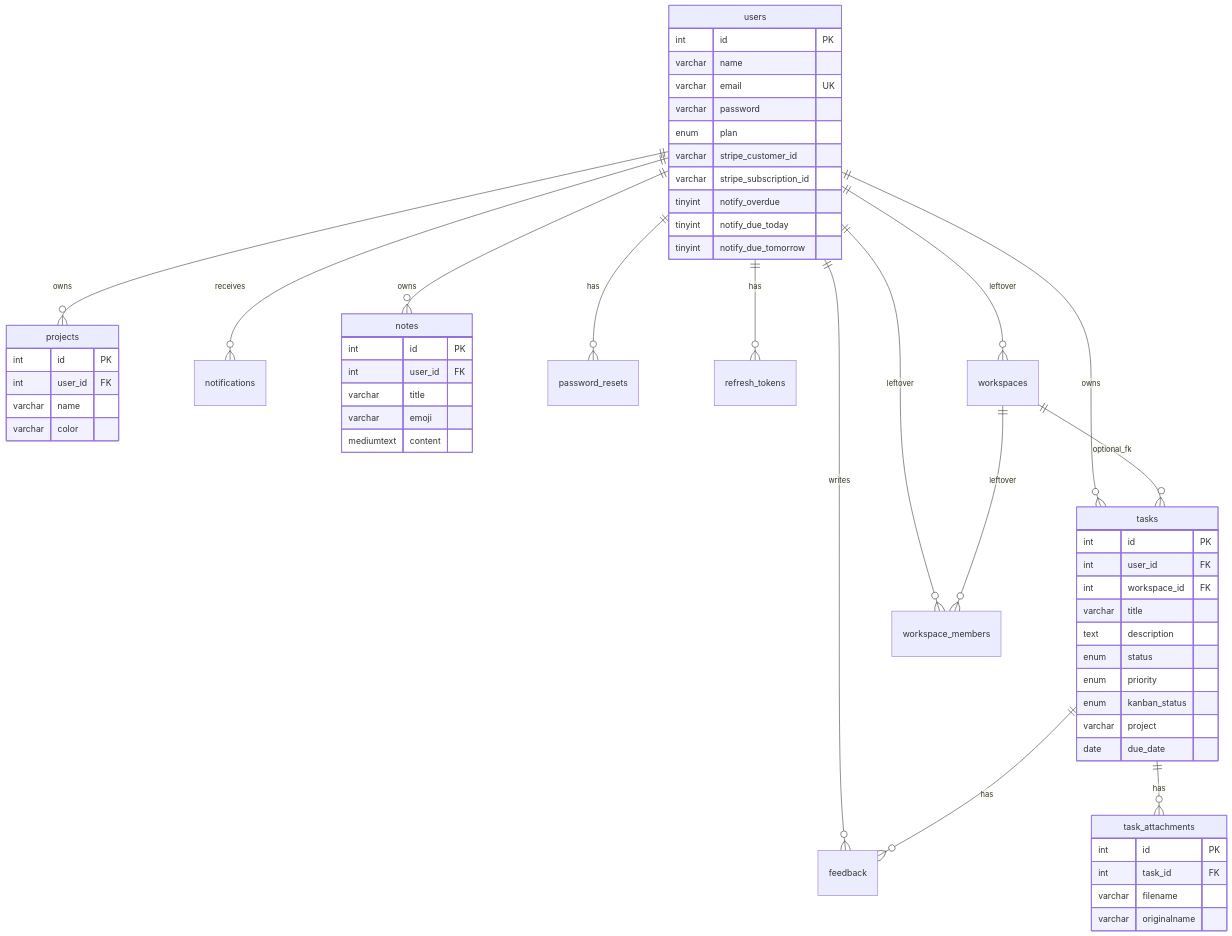
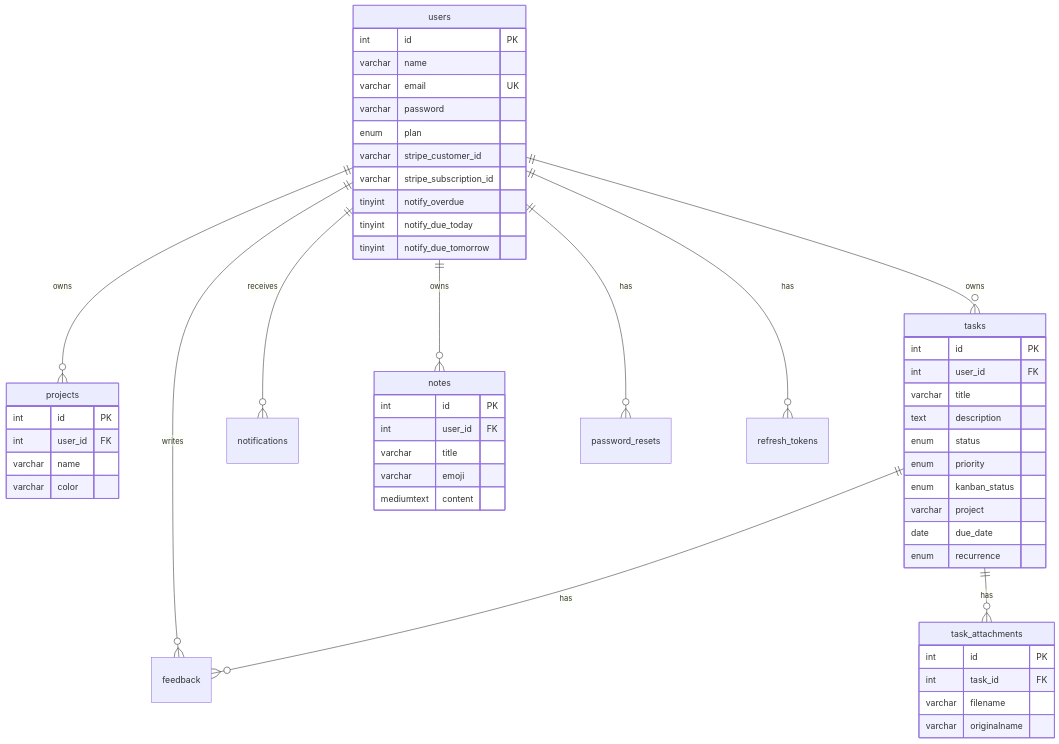
The diagram in docs/SCHEMA.md (Trixxy98/TaskFlow-API), drawn with Mermaid before and after one commit. The commit also changed other lines of this file and 18 other files, not shown here.

````diff
--- a/docs/SCHEMA.md
+++ b/docs/SCHEMA.md
@@ -17,60 +17,56 @@
 ```mermaid
 erDiagram
   users ||--o{ projects : owns
   users ||--o{ tasks : owns
   users ||--o{ feedback : writes
   users ||--o{ notifications : receives
   users ||--o{ notes : owns
   users ||--o{ password_resets : has
   users ||--o{ refresh_tokens : has
-  users ||--o{ workspaces : leftover
-  users ||--o{ workspace_members : leftover
   tasks ||--o{ feedback : has
   tasks ||--o{ task_attachments : has
-  workspaces ||--o{ workspace_members : leftover
-  workspaces ||--o{ tasks : optional_fk
 
   users {
     int id PK
     varchar name
     varchar email UK
     varchar password
     enum plan
     varchar stripe_customer_id
     varchar stripe_subscription_id
     tinyint notify_overdue
     tinyint notify_due_today
     tinyint notify_due_tomorrow
   }
   tasks {
     int id PK
     int user_id FK
-    int workspace_id FK
     varchar title
     text description
     enum status
     enum priority
     enum kanban_status
     varchar project
     date due_date
+    enum recurrence
   }
   notes {
     int id PK
     int user_id FK
     varchar title
     varchar emoji
     mediumtext content
   }
   projects {
     int id PK
     int user_id FK
     varchar name
     varchar color
   }
   task_attachments {
     int id PK
     int task_id FK
     varchar filename
     varchar originalname
   }
 ```
````
